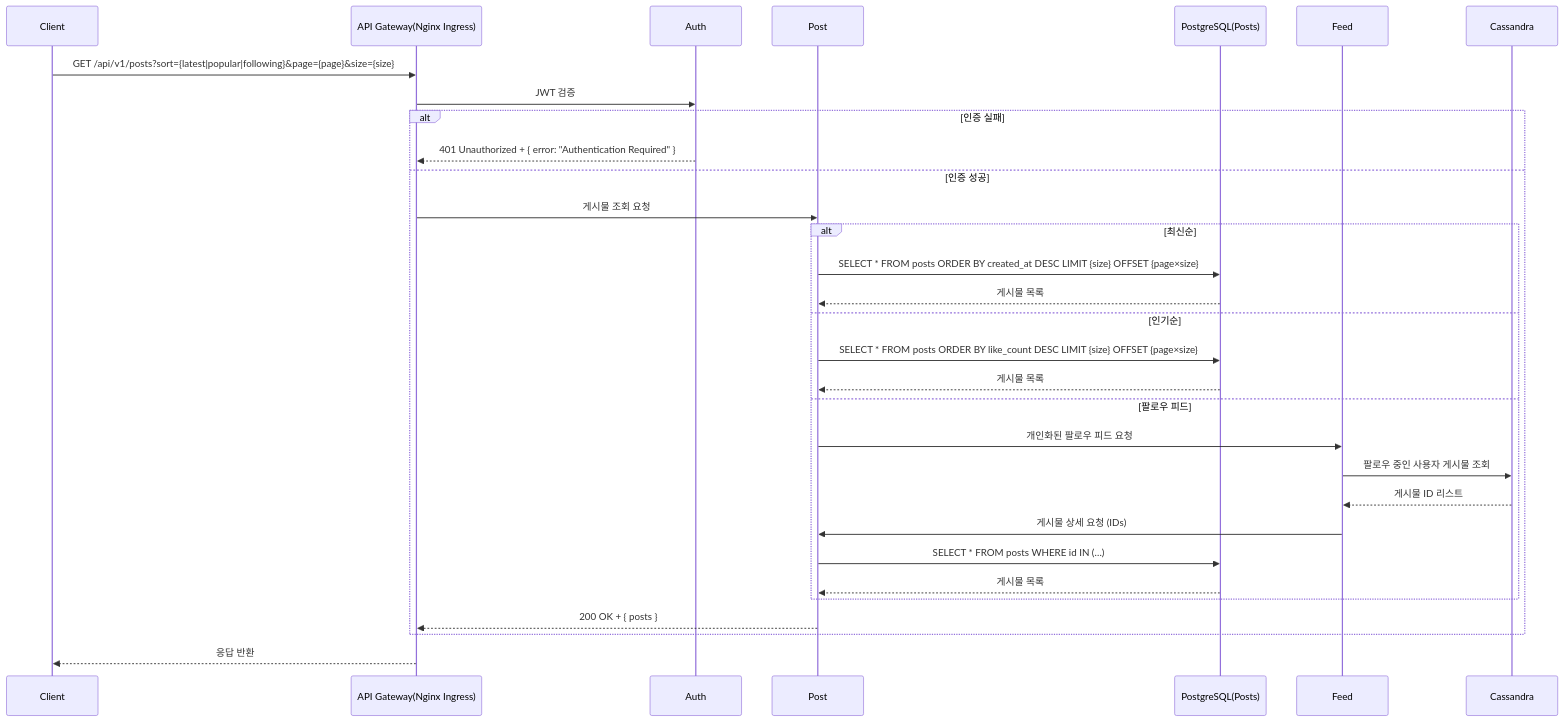
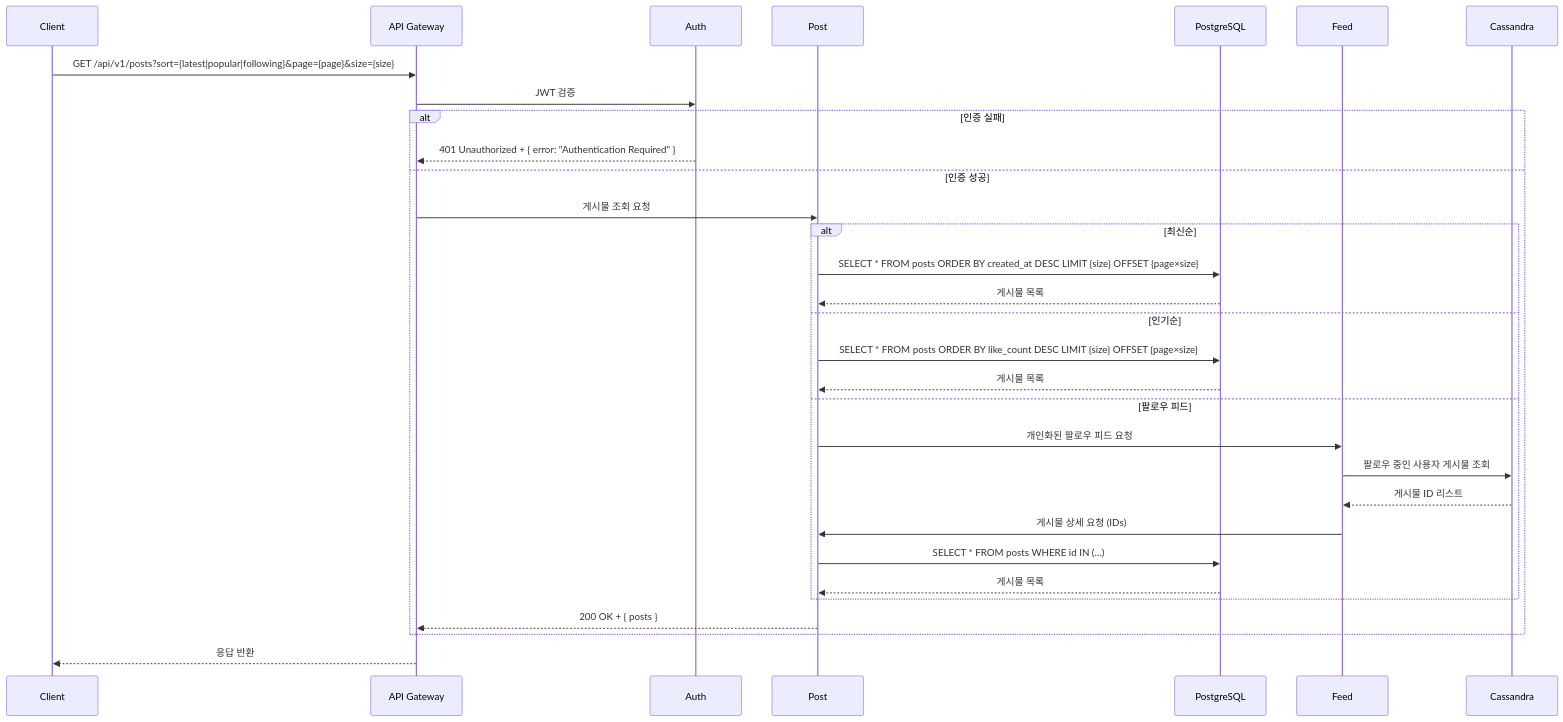
Diagram 17 of 47 in documents/sequence_diagram.md (myeonghan-nim/veilgram), drawn with Mermaid before and after one commit. The commit also changed other lines of this file and 1 other file, not shown here.

````diff
--- a/documents/sequence_diagram.md
+++ b/documents/sequence_diagram.md
@@ -617,33 +615,33 @@
 ```mermaid
 sequenceDiagram
     participant Client as Client
-    participant APIGW as API Gateway(Nginx Ingress)
+    participant APIGW as API Gateway
     participant Auth as Auth
     participant Post as Post
-    participant DB as PostgreSQL(Posts)
+    participant DB as PostgreSQL
     participant Feed as Feed
 
     Client->>APIGW: GET /api/v1/posts?sort={latest|popular|following}&page={page}&size={size}
     APIGW->>Auth: JWT 검증
     alt 인증 실패
         Auth-->>APIGW: 401 Unauthorized + { error: "Authentication Required" }
     else 인증 성공
         APIGW->>Post: 게시물 조회 요청
         alt 최신순
             Post->>DB: SELECT * FROM posts ORDER BY created_at DESC LIMIT {size} OFFSET {page×size}
             DB-->>Post: 게시물 목록
         else 인기순
             Post->>DB: SELECT * FROM posts ORDER BY like_count DESC LIMIT {size} OFFSET {page×size}
             DB-->>Post: 게시물 목록
         else 팔로우 피드
             Post->>Feed: 개인화된 팔로우 피드 요청
             Feed->>Cassandra: 팔로우 중인 사용자 게시물 조회
             Cassandra-->>Feed: 게시물 ID 리스트
             Feed->>Post: 게시물 상세 요청 (IDs)
             Post->>DB: SELECT * FROM posts WHERE id IN (…)
             DB-->>Post: 게시물 목록
         end
         Post-->>APIGW: 200 OK + { posts }
     end
     APIGW-->>Client: 응답 반환
 ```
````
